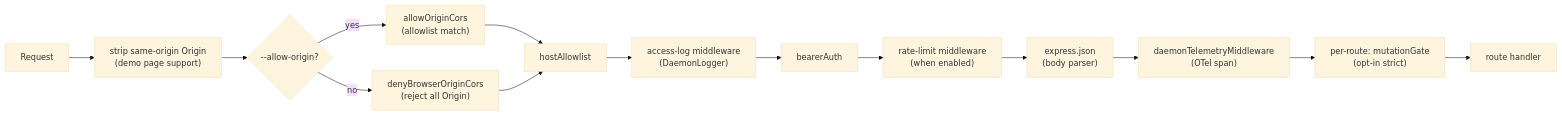
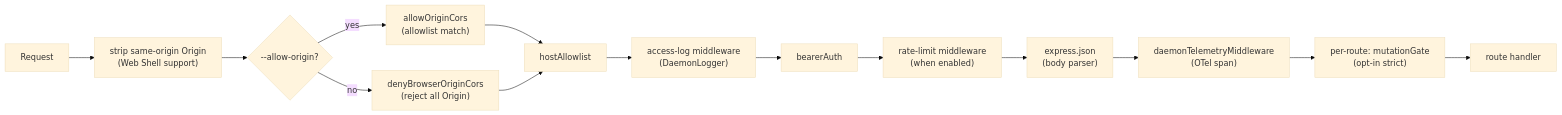
The first of 4 diagrams in docs/developers/daemon/12-auth-security.md (QwenLM/qwen-code), drawn with Mermaid (base theme) before and after one commit. The commit also changed other lines of this file and 18 other files, not shown here.

````diff
--- a/docs/developers/daemon/12-auth-security.md
+++ b/docs/developers/daemon/12-auth-security.md
@@ -57,16 +57,16 @@
 ```mermaid
 flowchart LR
-    REQ[Request] --> SO["strip same-origin Origin<br/>(demo page support)"]
+    REQ[Request] --> SO["strip same-origin Origin<br/>(Web Shell support)"]
     SO --> CORS{"--allow-origin?"}
     CORS -->|yes| AO["allowOriginCors<br/>(allowlist match)"]
     CORS -->|no| DC["denyBrowserOriginCors<br/>(reject all Origin)"]
     AO --> HA["hostAllowlist"]
     DC --> HA
     HA --> LOG["access-log middleware<br/>(DaemonLogger)"]
     LOG --> BA["bearerAuth"]
     BA --> RL["rate-limit middleware<br/>(when enabled)"]
     RL --> JSON["express.json<br/>(body parser)"]
     JSON --> TEL["daemonTelemetryMiddleware<br/>(OTel span)"]
     TEL --> MG["per-route: mutationGate<br/>(opt-in strict)"]
     MG --> HANDLER["route handler"]
 ```
````
